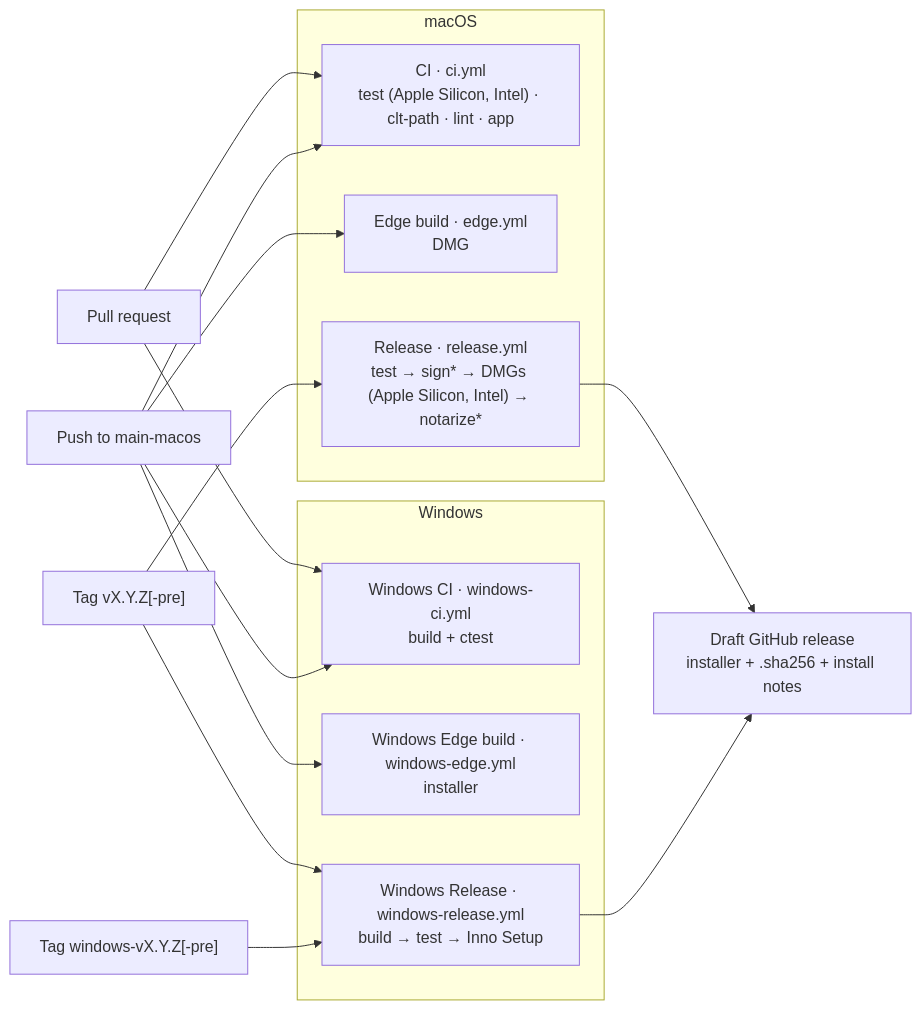
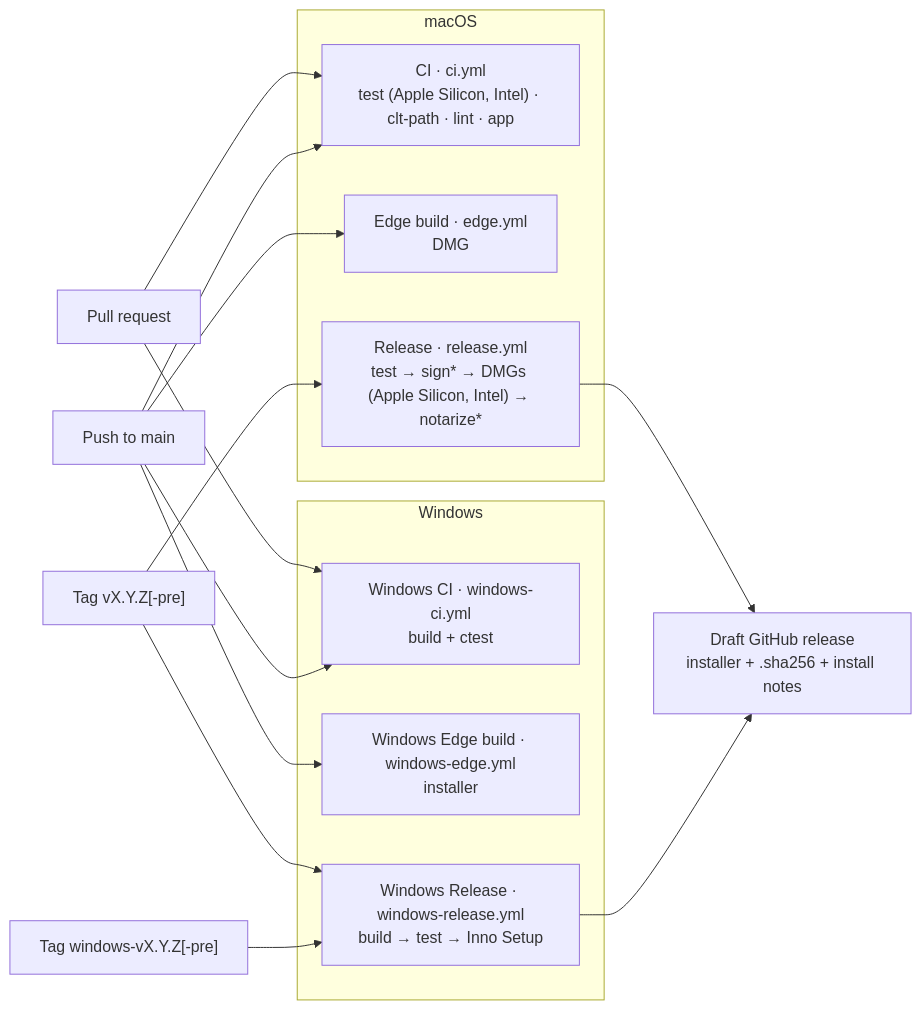
The fourth of 4 diagrams in README.md (l1203012/Whiteprint), drawn with Mermaid before and after one commit. The commit also changed other lines of this file and 7 other files, not shown here.

Commit message:
Rename the main-macos branch to main

````diff
--- a/README.md
+++ b/README.md
@@ -701,22 +701,22 @@
 ```mermaid
 flowchart LR
     PR["Pull request"] --> CI & WCI
-    Push["Push to main-macos"] --> CI & Edge & WCI & WEdge
+    Push["Push to main"] --> CI & Edge & WCI & WEdge
     Tag["Tag vX.Y.Z[-pre]"] --> Release & WRelease
     WTag["Tag windows-vX.Y.Z[-pre]"] --> WRelease
 
     subgraph Mac["macOS"]
         CI["CI · ci.yml<br>test (Apple Silicon, Intel) · clt-path · lint · app"]
         Edge["Edge build · edge.yml<br>DMG"]
         Release["Release · release.yml<br>test → sign* → DMGs (Apple Silicon, Intel) → notarize*"]
     end
 
     subgraph Win["Windows"]
         WCI["Windows CI · windows-ci.yml<br>build + ctest"]
         WEdge["Windows Edge build · windows-edge.yml<br>installer"]
         WRelease["Windows Release · windows-release.yml<br>build → test → Inno Setup"]
     end
 
     Release --> Draft["Draft GitHub release<br>installer + .sha256 + install notes"]
     WRelease --> Draft
 ```
````
